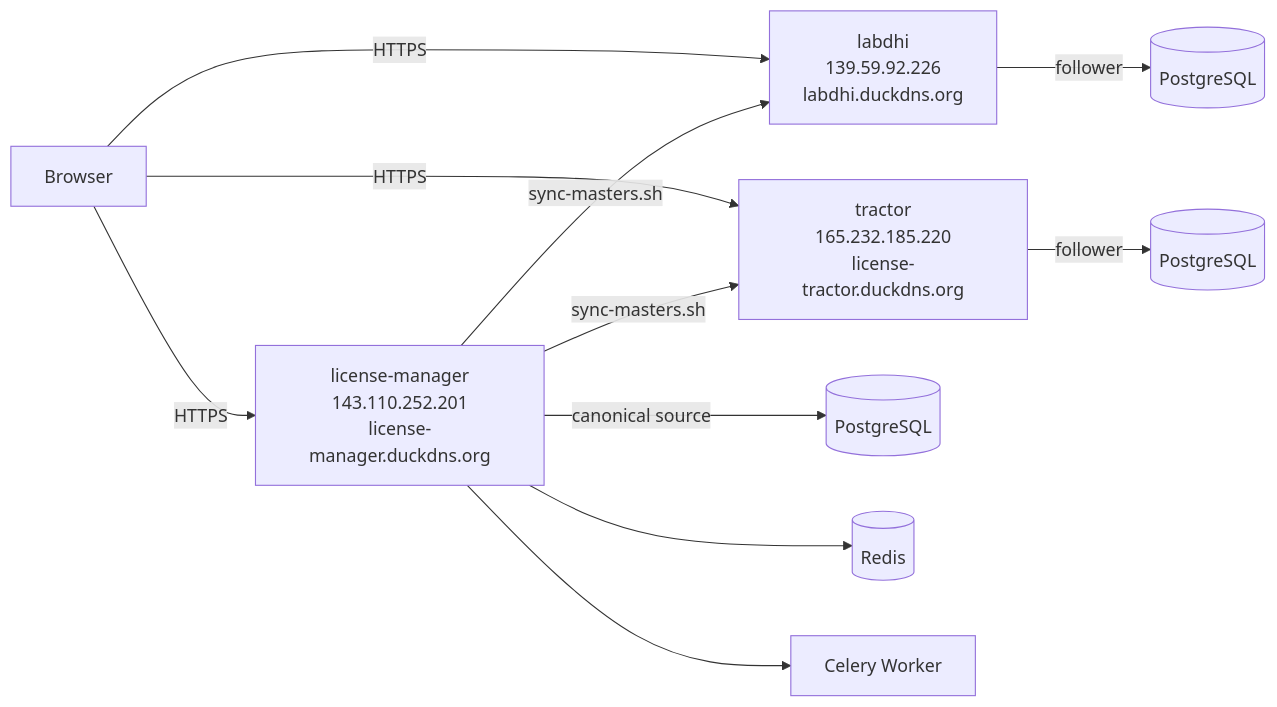
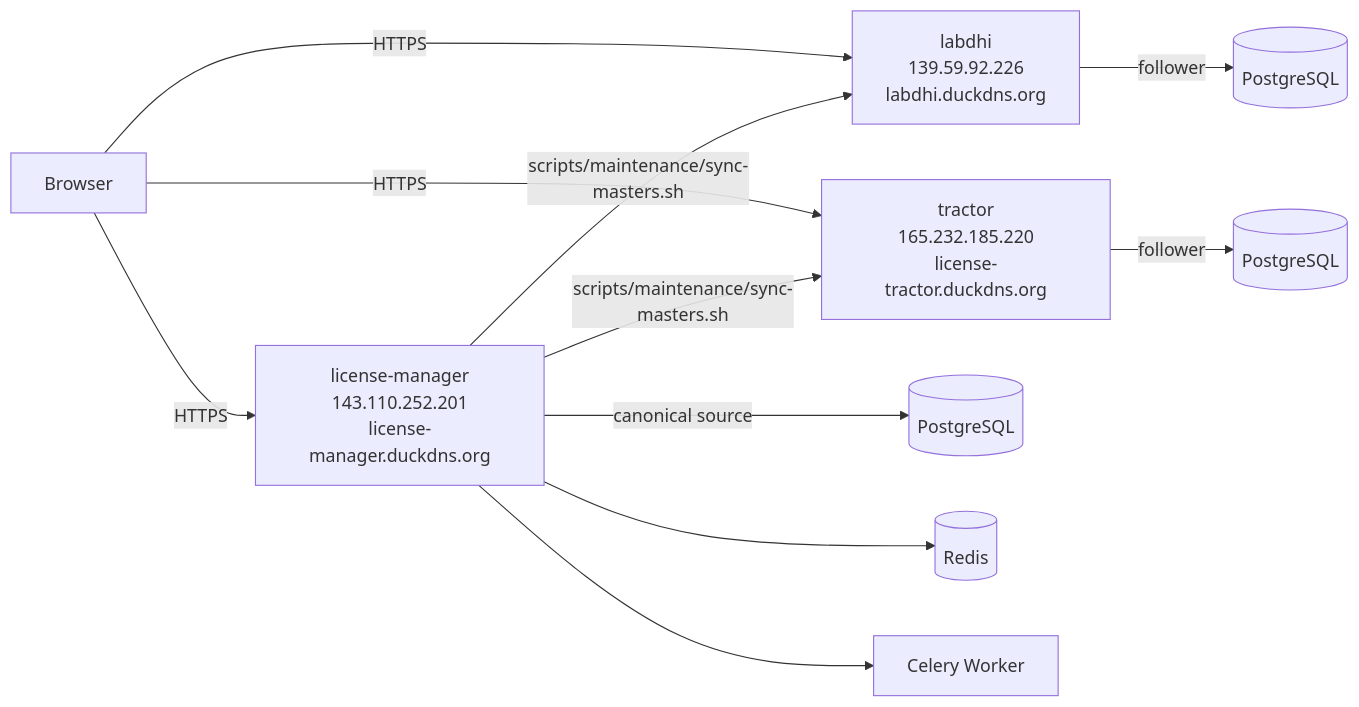
One commit to sottanyhardik/license-manager changed the diagram in docs/01-project-overview.md. Above: the diagram before and after it, drawn with Mermaid. The commit also changed other lines of this file and 51 other files, not shown here.

````diff
--- a/docs/01-project-overview.md
+++ b/docs/01-project-overview.md
@@ -75,16 +75,16 @@
 ```mermaid
 graph LR
     Browser -->|HTTPS| LM["license-manager\n143.110.252.201\nlicense-manager.duckdns.org"]
     Browser -->|HTTPS| Labdhi["labdhi\n139.59.92.226\nlabdhi.duckdns.org"]
     Browser -->|HTTPS| Tractor["tractor\n165.232.185.220\nlicense-tractor.duckdns.org"]
     
     LM -->|canonical source| DB1[(PostgreSQL)]
     Labdhi -->|follower| DB2[(PostgreSQL)]
     Tractor -->|follower| DB3[(PostgreSQL)]
     
-    LM -->|sync-masters.sh| Labdhi
-    LM -->|sync-masters.sh| Tractor
+    LM -->|scripts/maintenance/sync-masters.sh| Labdhi
+    LM -->|scripts/maintenance/sync-masters.sh| Tractor
     
     LM --> Redis1[(Redis)]
     LM --> Celery1[Celery Worker]
 ```
````
